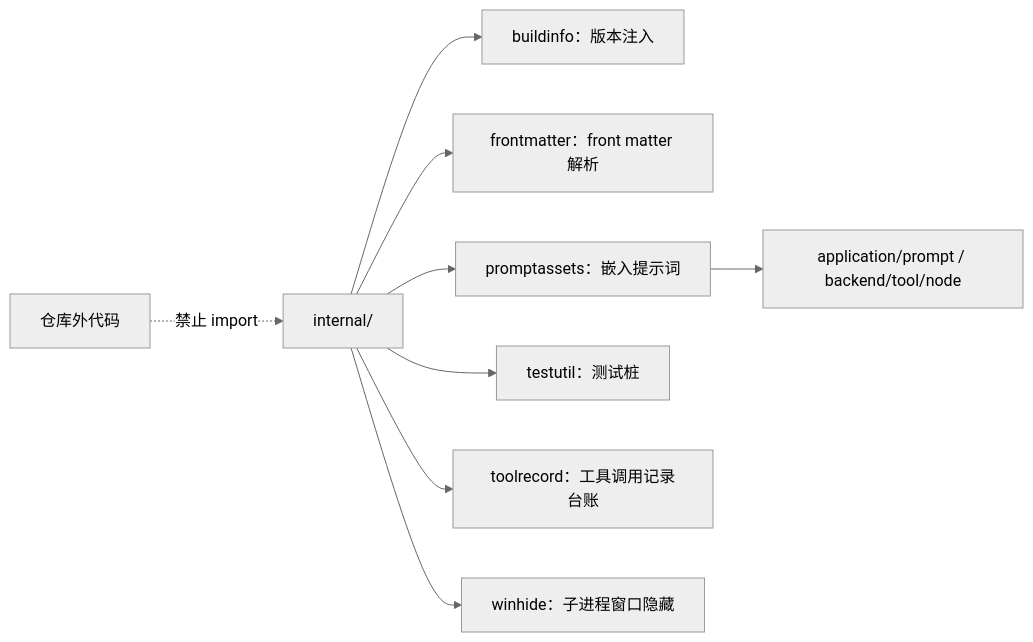
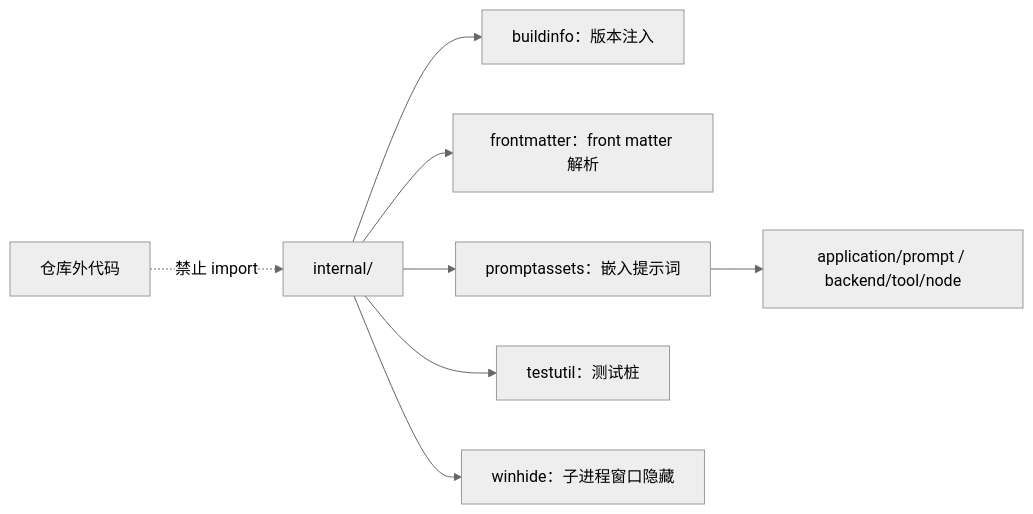
The diagram in internal/README.md (RedHuang-0622/seelex), drawn with Mermaid (neutral theme) before and after one commit. The commit also changed other lines of this file and 8 other files, not shown here.

````diff
--- a/internal/README.md
+++ b/internal/README.md
@@ -20,11 +19,10 @@
 ```mermaid
 flowchart LR
     OUT["仓库外代码"] -.->|禁止 import| INTERNAL["internal/"]
     INTERNAL --> B["buildinfo：版本注入"]
     INTERNAL --> F["frontmatter：front matter 解析"]
     INTERNAL --> P["promptassets：嵌入提示词"]
     INTERNAL --> T["testutil：测试桩"]
-    INTERNAL --> M["toolrecord：工具调用记录台账"]
     INTERNAL --> W["winhide：子进程窗口隐藏"]
     P --> PROMPT["application/prompt / backend/tool/node"]
 ```
````
